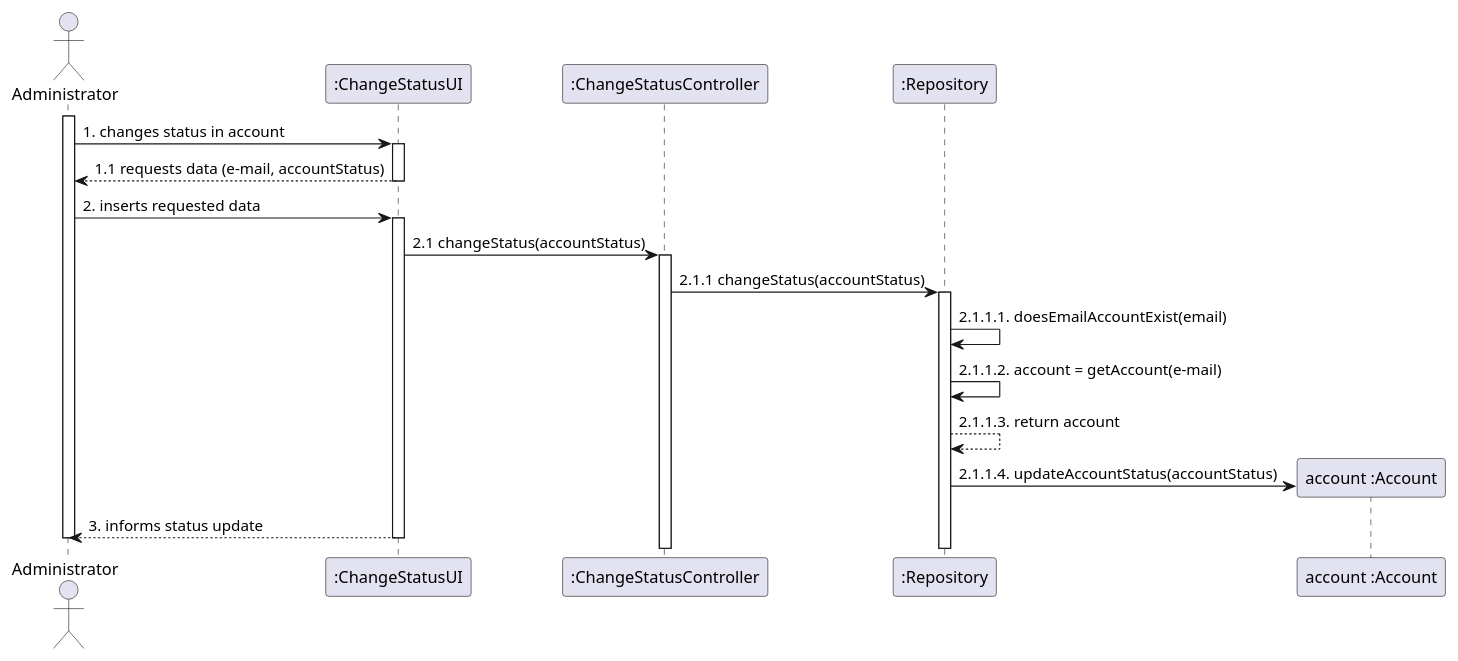
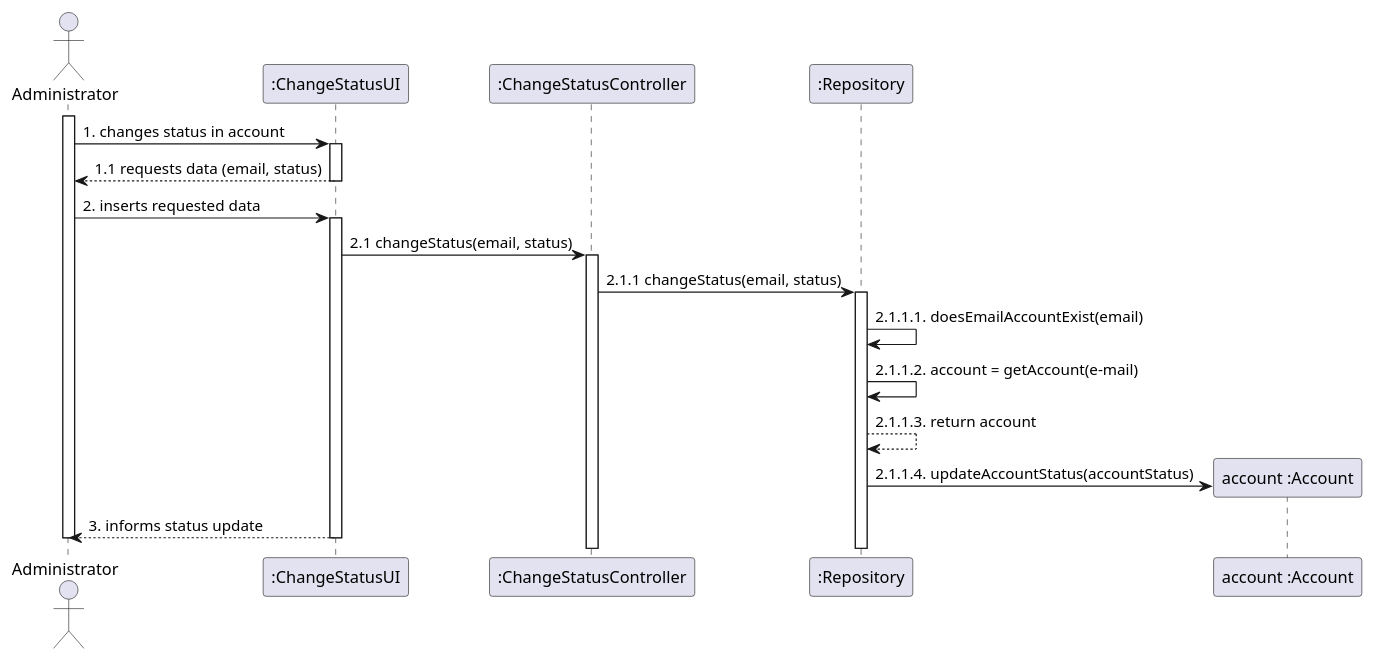
The diagram in docs/modelling_design/user_stories/us005/US005_Sequence_Diagram.puml (Loracline/project_switch_22-23), drawn with PlantUML before and after one commit. The commit also changed 8 other files, not shown here.

Commit message:
US001,002,003,004,005,006: Design:  -Refinement of class diagrams  -Refinement US005 and US006 sequence diagrams;  -Refinement of system sequence diagram;

```diff
--- a/docs/modelling_design/user_stories/us005/US005_Sequence_Diagram.puml
+++ b/docs/modelling_design/user_stories/us005/US005_Sequence_Diagram.puml
@@ -2,29 +2,29 @@
 @startuml
 
 actor "Administrator"
 participant ":ChangeStatusUI" as caUi
 participant ":ChangeStatusController" as cac
 participant ":Repository" as repository
 participant "account :Account" as account
 
 activate Administrator
 Administrator  -> caUi : 1. changes status in account
 activate caUi
-caUi --> Administrator: 1.1 requests data (e-mail, accountStatus)
+caUi --> Administrator: 1.1 requests data (email, status)
 deactivate caUi
 Administrator -> caUi: 2. inserts requested data
 activate caUi
-caUi -> cac: 2.1 changeStatus(accountStatus)
+caUi -> cac: 2.1 changeStatus(email, status)
 activate cac
-cac -> repository: 2.1.1 changeStatus(accountStatus)
+cac -> repository: 2.1.1 changeStatus(email, status)
 activate repository
 repository -> repository: 2.1.1.1. doesEmailAccountExist(email)
 repository -> repository: 2.1.1.2. account = getAccount(e-mail)
 repository --> repository: 2.1.1.3. return account
 create account
 repository -> account :2.1.1.4. updateAccountStatus(accountStatus)
 caUi--> Administrator: 3. informs status update
 deactivate Administrator
 deactivate caUi
 
 @enduml
```
